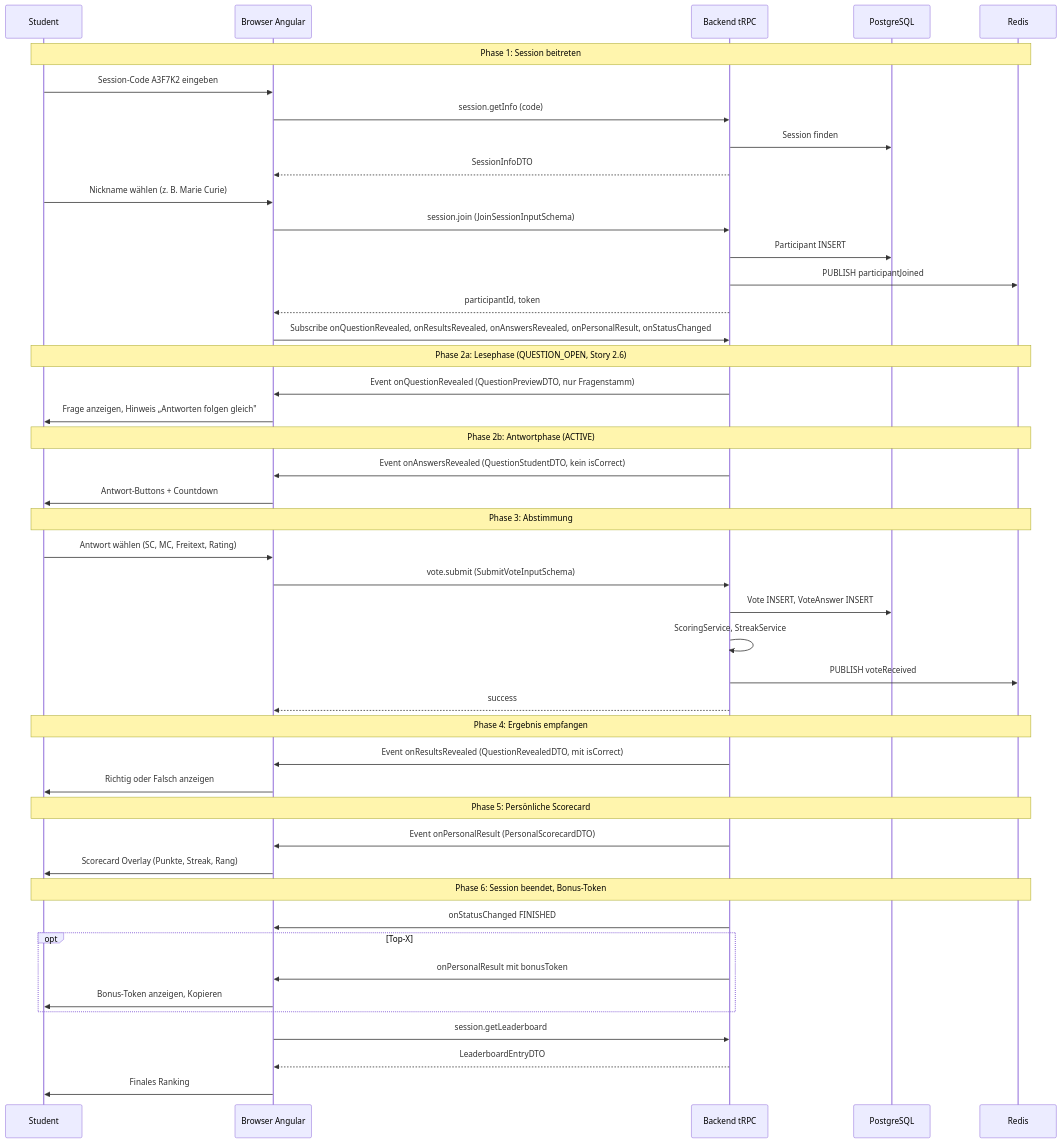
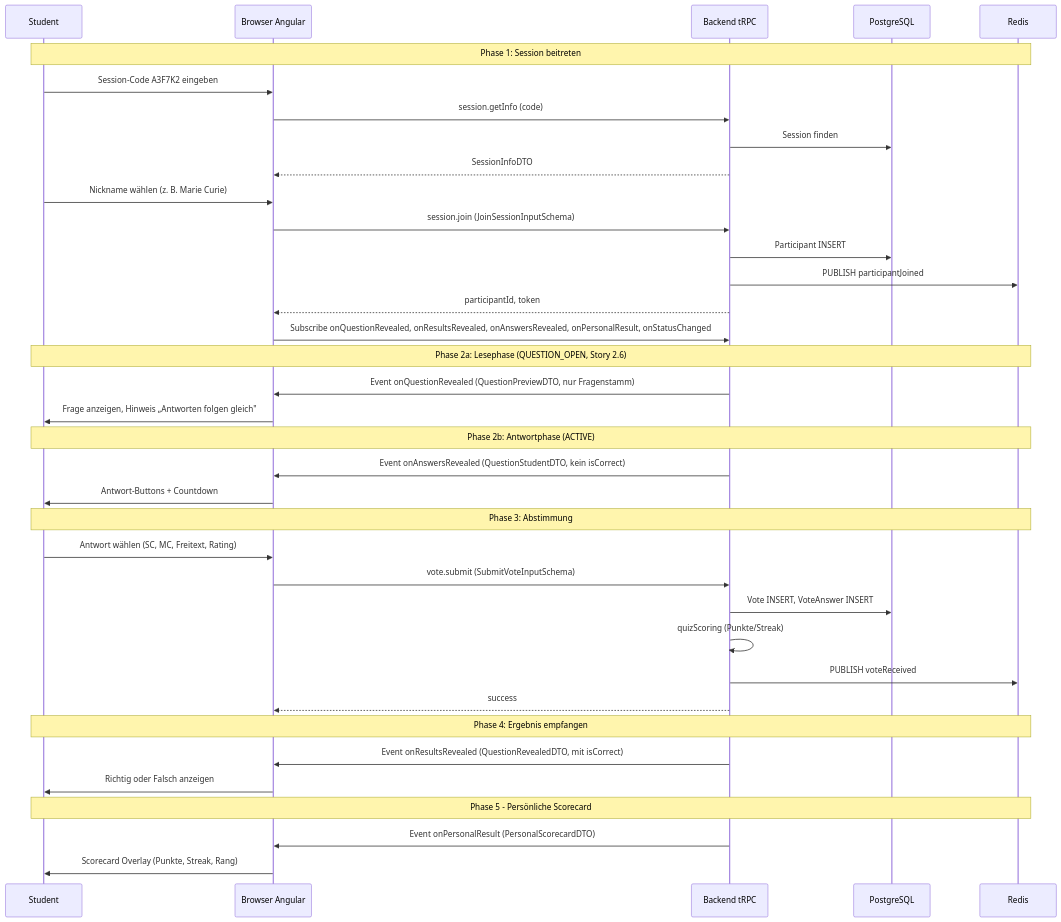
One commit to arsnova-dev/arsnova.eu changed diagram 11 of 16 in docs/diagrams/diagrams.md. Above: the diagram before and after it, drawn with Mermaid. The commit also changed other lines of this file and 18 other files, not shown here.

````diff
--- a/docs/diagrams/diagrams.md
+++ b/docs/diagrams/diagrams.md
@@ -427,54 +468,44 @@
 ```mermaid
 sequenceDiagram
     participant S as Student
     participant FE as Browser Angular
     participant BE as Backend tRPC
     participant PG as PostgreSQL
     participant R as Redis
 
     Note over S,R: Phase 1: Session beitreten
     S->>FE: Session-Code A3F7K2 eingeben
     FE->>BE: session.getInfo (code)
     BE->>PG: Session finden
     BE-->>FE: SessionInfoDTO
     S->>FE: Nickname wählen (z. B. Marie Curie)
     FE->>BE: session.join (JoinSessionInputSchema)
     BE->>PG: Participant INSERT
     BE->>R: PUBLISH participantJoined
     BE-->>FE: participantId, token
     FE->>BE: Subscribe onQuestionRevealed, onResultsRevealed, onAnswersRevealed, onPersonalResult, onStatusChanged
 
     Note over S,R: Phase 2a: Lesephase (QUESTION_OPEN, Story 2.6)
     BE->>FE: Event onQuestionRevealed (QuestionPreviewDTO, nur Fragenstamm)
     FE->>S: Frage anzeigen, Hinweis „Antworten folgen gleich"
 
     Note over S,R: Phase 2b: Antwortphase (ACTIVE)
     BE->>FE: Event onAnswersRevealed (QuestionStudentDTO, kein isCorrect)
     FE->>S: Antwort-Buttons + Countdown
 
     Note over S,R: Phase 3: Abstimmung
     S->>FE: Antwort wählen (SC, MC, Freitext, Rating)
     FE->>BE: vote.submit (SubmitVoteInputSchema)
     BE->>PG: Vote INSERT, VoteAnswer INSERT
-    BE->>BE: ScoringService, StreakService
+    BE->>BE: quizScoring (Punkte/Streak)
     BE->>R: PUBLISH voteReceived
     BE-->>FE: success
 
     Note over S,R: Phase 4: Ergebnis empfangen
     BE->>FE: Event onResultsRevealed (QuestionRevealedDTO, mit isCorrect)
     FE->>S: Richtig oder Falsch anzeigen
 
-    Note over S,R: Phase 5: Persönliche Scorecard
+    Note over S,R: Phase 5 - Persönliche Scorecard
     BE->>FE: Event onPersonalResult (PersonalScorecardDTO)
     FE->>S: Scorecard Overlay (Punkte, Streak, Rang)
-
-    Note over S,R: Phase 6: Session beendet, Bonus-Token
-    BE->>FE: onStatusChanged FINISHED
-    opt Top-X
-        BE->>FE: onPersonalResult mit bonusToken
-        FE->>S: Bonus-Token anzeigen, Kopieren
-    end
-    FE->>BE: session.getLeaderboard
-    BE-->>FE: LeaderboardEntryDTO
-    FE->>S: Finales Ranking
 ```
````
